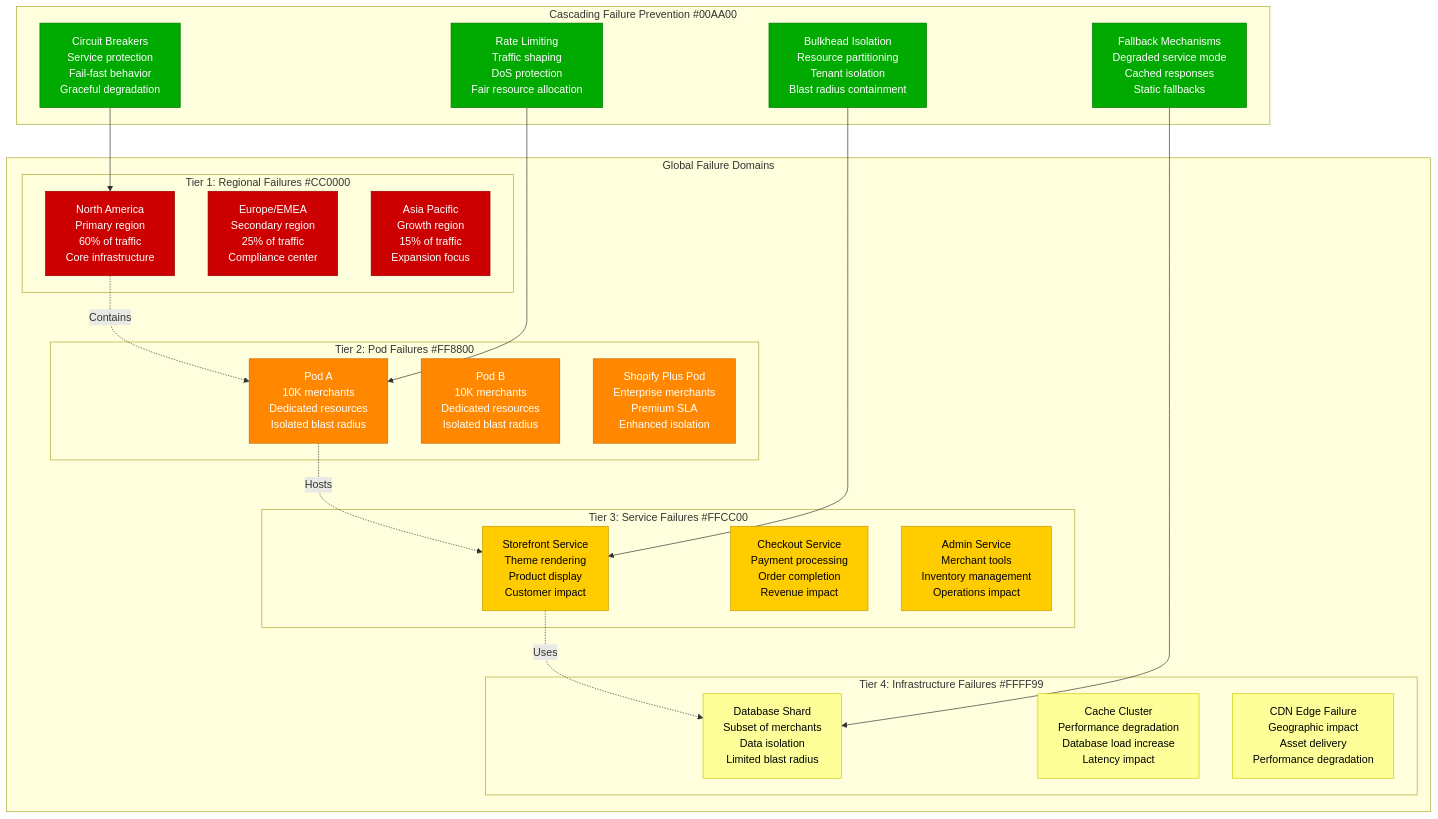
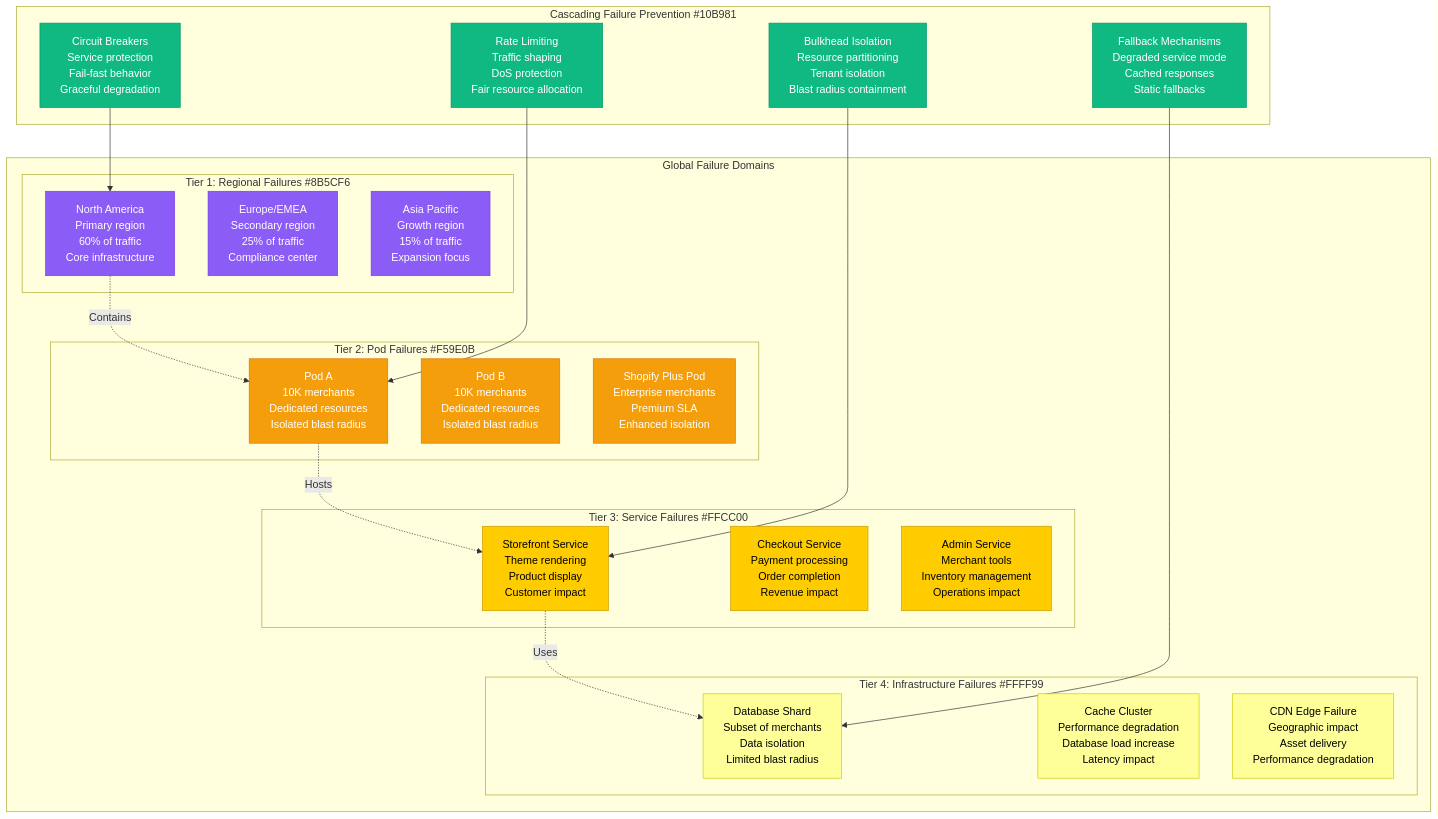
One commit to deepaucksharma/DS changed the first of 9 diagrams in site/docs/systems/shopify/failure-domains.md. Above: the diagram before and after it, drawn with Mermaid. The commit also changed other lines of this file and 303 other files, not shown here.

````diff
--- a/site/docs/systems/shopify/failure-domains.md
+++ b/site/docs/systems/shopify/failure-domains.md
@@ -9,59 +9,59 @@
 ```mermaid
 graph TB
     subgraph "Global Failure Domains"
-        subgraph "Tier 1: Regional Failures #CC0000"
+        subgraph "Tier 1: Regional Failures #8B5CF6"
             REGION_NA[North America<br/>Primary region<br/>60% of traffic<br/>Core infrastructure]
             REGION_EU[Europe/EMEA<br/>Secondary region<br/>25% of traffic<br/>Compliance center]
             REGION_APAC[Asia Pacific<br/>Growth region<br/>15% of traffic<br/>Expansion focus]
         end
 
-        subgraph "Tier 2: Pod Failures #FF8800"
+        subgraph "Tier 2: Pod Failures #F59E0B"
             POD_A[Pod A<br/>10K merchants<br/>Dedicated resources<br/>Isolated blast radius]
             POD_B[Pod B<br/>10K merchants<br/>Dedicated resources<br/>Isolated blast radius]
             POD_PLUS[Shopify Plus Pod<br/>Enterprise merchants<br/>Premium SLA<br/>Enhanced isolation]
         end
 
         subgraph "Tier 3: Service Failures #FFCC00"
             STOREFRONT_FAIL[Storefront Service<br/>Theme rendering<br/>Product display<br/>Customer impact]
             CHECKOUT_FAIL[Checkout Service<br/>Payment processing<br/>Order completion<br/>Revenue impact]
             ADMIN_FAIL[Admin Service<br/>Merchant tools<br/>Inventory management<br/>Operations impact]
         end
 
         subgraph "Tier 4: Infrastructure Failures #FFFF99"
             DB_SHARD_FAIL[Database Shard<br/>Subset of merchants<br/>Data isolation<br/>Limited blast radius]
             CACHE_FAIL[Cache Cluster<br/>Performance degradation<br/>Database load increase<br/>Latency impact]
             CDN_FAIL[CDN Edge Failure<br/>Geographic impact<br/>Asset delivery<br/>Performance degradation]
         end
     end
 
-    subgraph "Cascading Failure Prevention #00AA00"
+    subgraph "Cascading Failure Prevention #10B981"
         CIRCUIT_BREAKERS[Circuit Breakers<br/>Service protection<br/>Fail-fast behavior<br/>Graceful degradation]
         RATE_LIMITING[Rate Limiting<br/>Traffic shaping<br/>DoS protection<br/>Fair resource allocation]
         BULKHEADS[Bulkhead Isolation<br/>Resource partitioning<br/>Tenant isolation<br/>Blast radius containment]
         FALLBACKS[Fallback Mechanisms<br/>Degraded service mode<br/>Cached responses<br/>Static fallbacks]
     end
 
     %% Failure hierarchy
     REGION_NA -.->|Contains| POD_A
     POD_A -.->|Hosts| STOREFRONT_FAIL
     STOREFRONT_FAIL -.->|Uses| DB_SHARD_FAIL
 
     %% Protection mechanisms
     CIRCUIT_BREAKERS --> REGION_NA
     RATE_LIMITING --> POD_A
     BULKHEADS --> STOREFRONT_FAIL
     FALLBACKS --> DB_SHARD_FAIL
 
     %% Apply colors based on impact severity
-    classDef criticalStyle fill:#CC0000,stroke:#990000,color:#fff
-    classDef highStyle fill:#FF8800,stroke:#CC6600,color:#fff
+    classDef criticalStyle fill:#8B5CF6,stroke:#7C3AED,color:#fff
+    classDef highStyle fill:#F59E0B,stroke:#D97706,color:#fff
     classDef mediumStyle fill:#FFCC00,stroke:#CC9900,color:#000
     classDef lowStyle fill:#FFFF99,stroke:#CCCC00,color:#000
-    classDef protectionStyle fill:#00AA00,stroke:#007700,color:#fff
+    classDef protectionStyle fill:#10B981,stroke:#059669,color:#fff
 
     class REGION_NA,REGION_EU,REGION_APAC criticalStyle
     class POD_A,POD_B,POD_PLUS highStyle
     class STOREFRONT_FAIL,CHECKOUT_FAIL,ADMIN_FAIL mediumStyle
     class DB_SHARD_FAIL,CACHE_FAIL,CDN_FAIL lowStyle
     class CIRCUIT_BREAKERS,RATE_LIMITING,BULKHEADS,FALLBACKS protectionStyle
 ```
````
